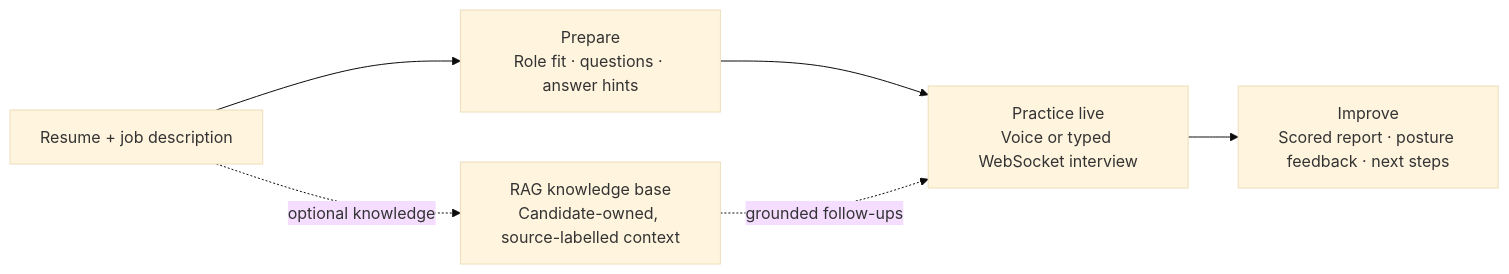
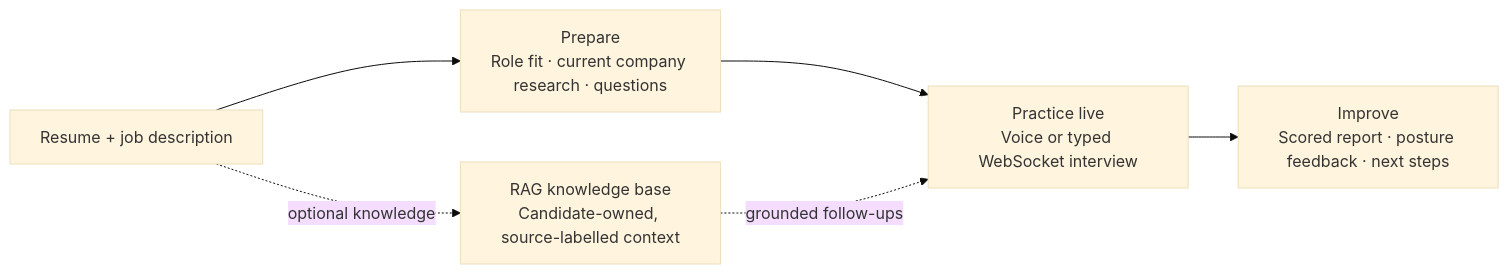
The diagram in README.md (dgexplores/hustlrzz), drawn with Mermaid (base theme) before and after one commit. The commit also changed other lines of this file and 16 other files, not shown here.

````diff
--- a/README.md
+++ b/README.md
@@ -25,8 +25,8 @@
 ```mermaid
 flowchart LR
-    A["Resume + job description"] --> B["Prepare\nRole fit · questions · answer hints"]
+    A["Resume + job description"] --> B["Prepare\nRole fit · current company research · questions"]
     B --> C["Practice live\nVoice or typed WebSocket interview"]
     C --> D["Improve\nScored report · posture feedback · next steps"]
     A -. optional knowledge .-> E["RAG knowledge base\nCandidate-owned, source-labelled context"]
     E -. grounded follow-ups .-> C
 ```
````
